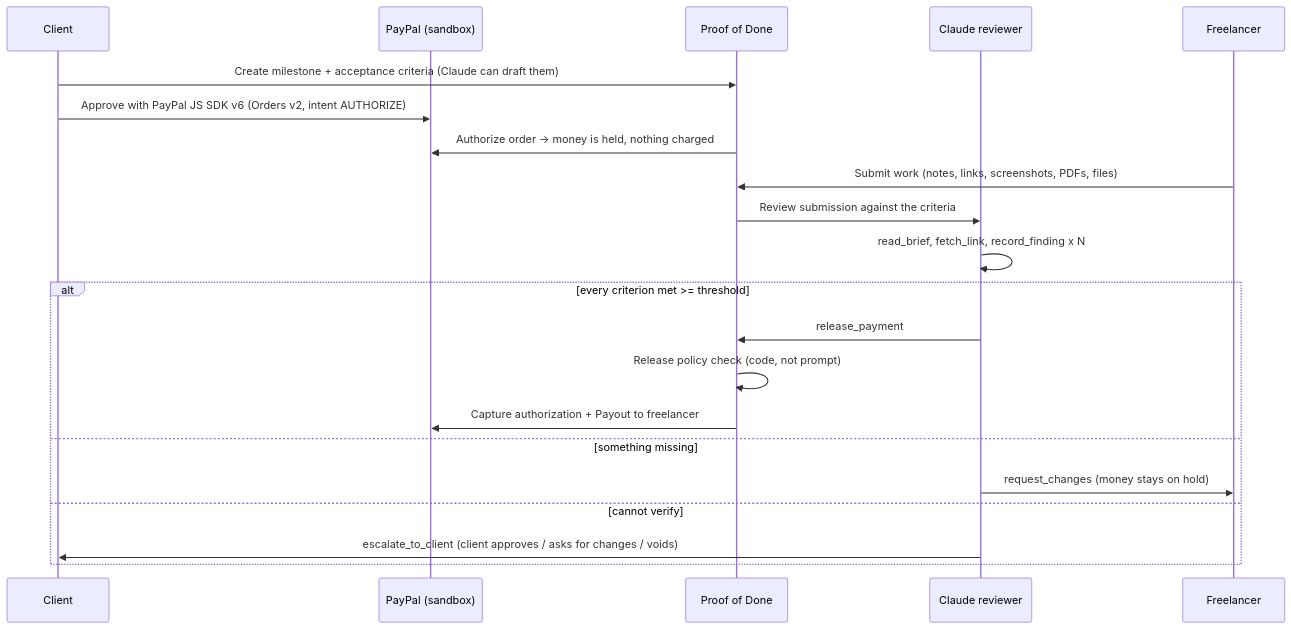
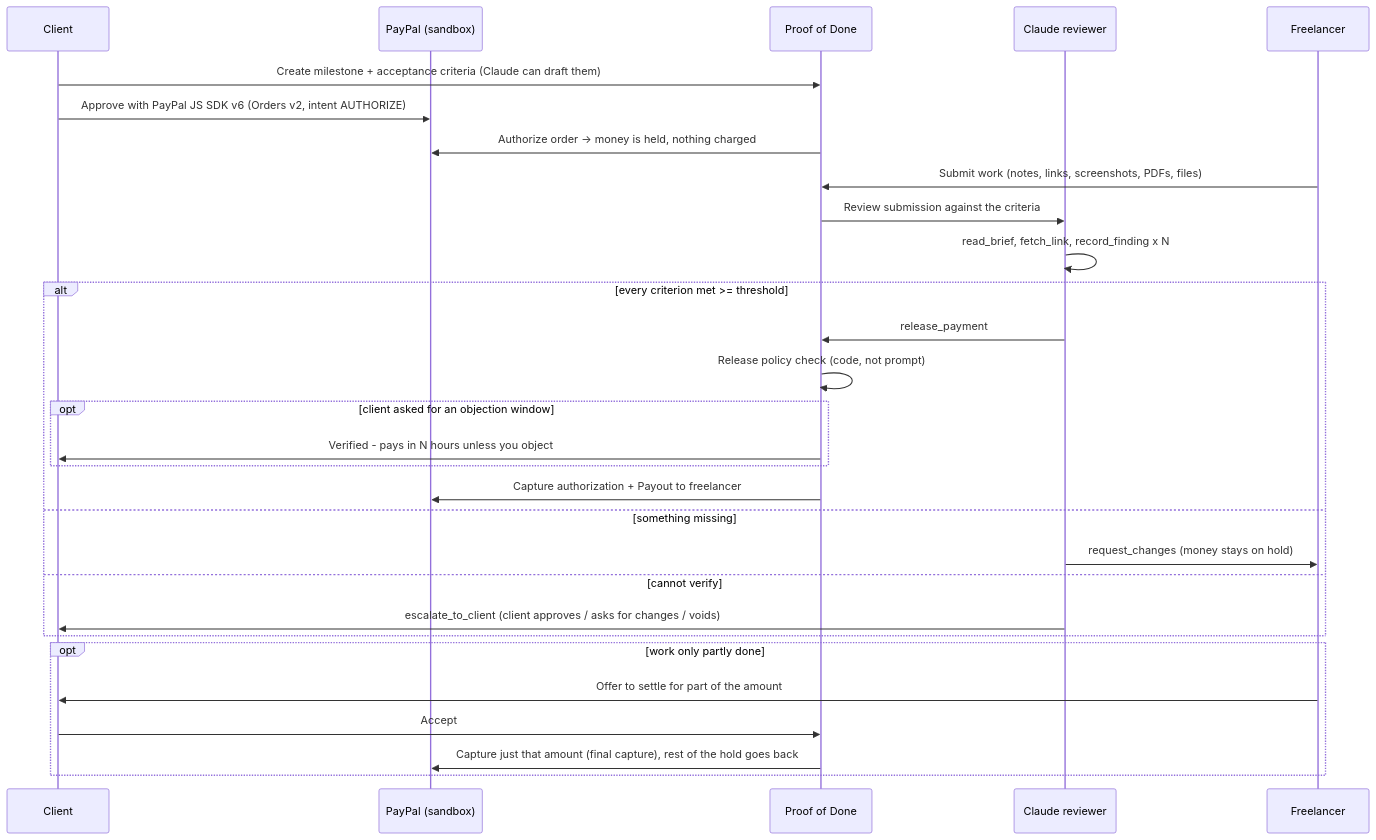
The diagram in README.md (Zheny766/proof-of-done), drawn with Mermaid before and after one commit. The commit also changed other lines of this file and 21 other files, not shown here.

````diff
--- a/README.md
+++ b/README.md
@@ -19,23 +21,31 @@
 ```mermaid
 sequenceDiagram
     participant C as Client
     participant P as PayPal (sandbox)
     participant A as Proof of Done
     participant R as Claude reviewer
     participant F as Freelancer
     C->>A: Create milestone + acceptance criteria (Claude can draft them)
     C->>P: Approve with PayPal JS SDK v6 (Orders v2, intent AUTHORIZE)
     A->>P: Authorize order -> money is held, nothing charged
     F->>A: Submit work (notes, links, screenshots, PDFs, files)
     A->>R: Review submission against the criteria
     R->>R: read_brief, fetch_link, record_finding x N
     alt every criterion met >= threshold
         R->>A: release_payment
         A->>A: Release policy check (code, not prompt)
+        opt client asked for an objection window
+            A->>C: Verified - pays in N hours unless you object
+        end
         A->>P: Capture authorization + Payout to freelancer
     else something missing
         R->>F: request_changes (money stays on hold)
     else cannot verify
         R->>C: escalate_to_client (client approves / asks for changes / voids)
     end
+    opt work only partly done
+        F->>C: Offer to settle for part of the amount
+        C->>A: Accept
+        A->>P: Capture just that amount (final capture), rest of the hold goes back
+    end
 ```
````
